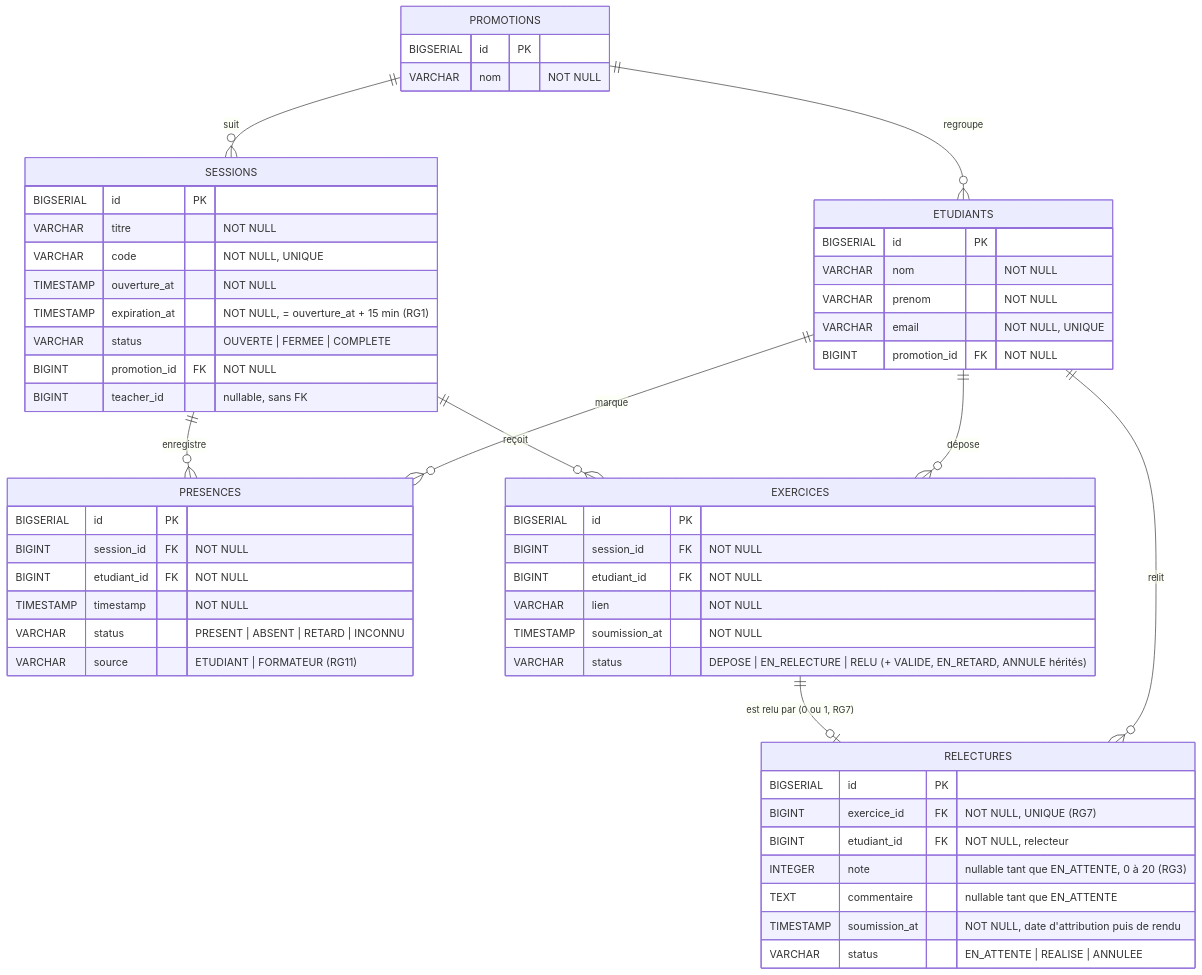
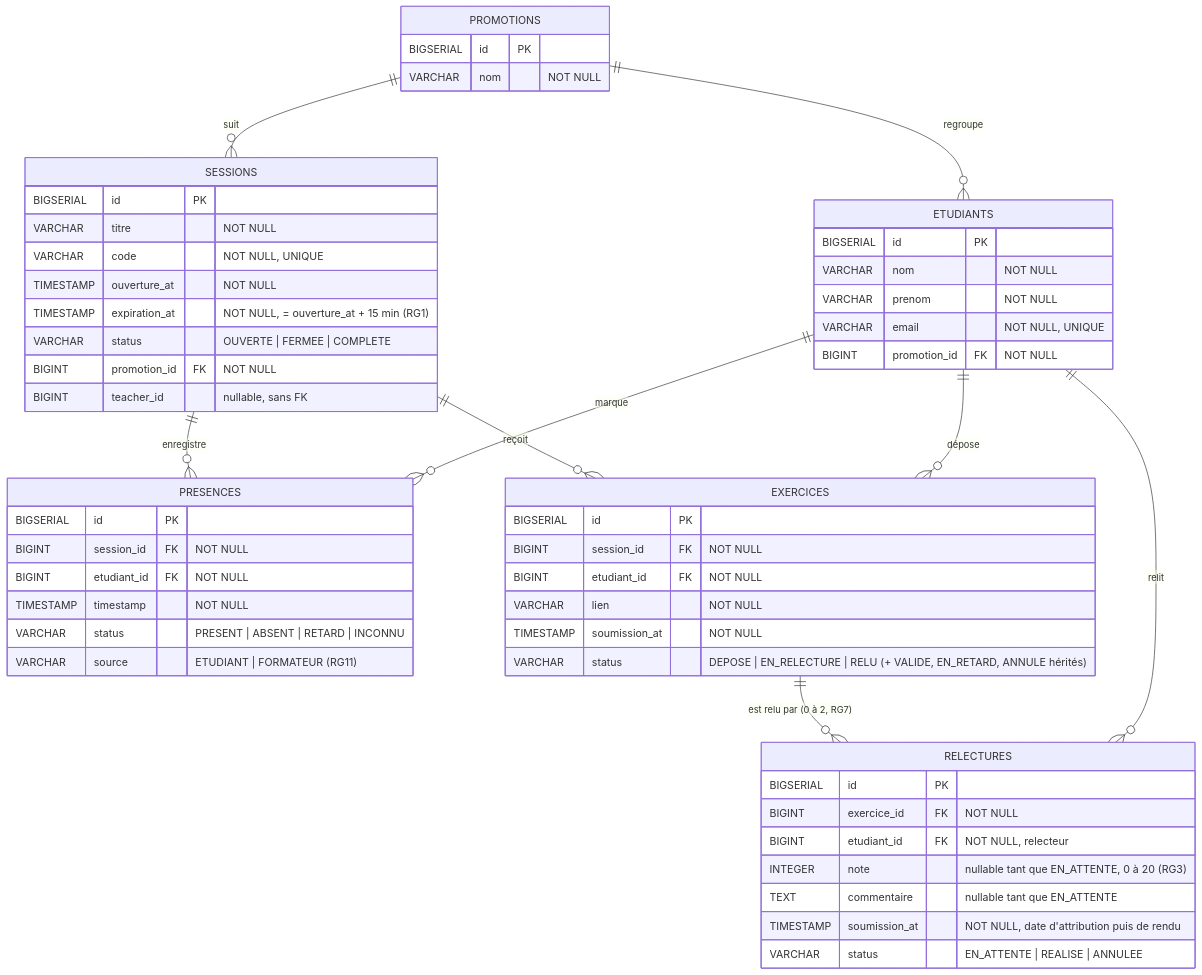
The diagram in docs/diagrammes/D2-modele-donnees.md (destin23-pro/Kfokam48-epreuve-207), drawn with Mermaid before and after one commit. The commit also changed other lines of this file and 3 other files, not shown here.

````diff
--- a/docs/diagrammes/D2-modele-donnees.md
+++ b/docs/diagrammes/D2-modele-donnees.md
@@ -5,63 +5,63 @@
 ```mermaid
 erDiagram
     PROMOTIONS ||--o{ ETUDIANTS : "regroupe"
     PROMOTIONS ||--o{ SESSIONS : "suit"
     SESSIONS ||--o{ PRESENCES : "enregistre"
     ETUDIANTS ||--o{ PRESENCES : "marque"
     SESSIONS ||--o{ EXERCICES : "reçoit"
     ETUDIANTS ||--o{ EXERCICES : "dépose"
-    EXERCICES ||--o| RELECTURES : "est relu par (0 ou 1, RG7)"
+    EXERCICES ||--o{ RELECTURES : "est relu par (0 à 2, RG7)"
     ETUDIANTS ||--o{ RELECTURES : "relit"
 
     PROMOTIONS {
         BIGSERIAL id PK
         VARCHAR nom "NOT NULL"
     }
 
     ETUDIANTS {
         BIGSERIAL id PK
         VARCHAR nom "NOT NULL"
         VARCHAR prenom "NOT NULL"
         VARCHAR email "NOT NULL, UNIQUE"
         BIGINT promotion_id FK "NOT NULL"
     }
 
     SESSIONS {
         BIGSERIAL id PK
         VARCHAR titre "NOT NULL"
         VARCHAR code "NOT NULL, UNIQUE"
         TIMESTAMP ouverture_at "NOT NULL"
         TIMESTAMP expiration_at "NOT NULL, = ouverture_at + 15 min (RG1)"
         VARCHAR status "OUVERTE | FERMEE | COMPLETE"
         BIGINT promotion_id FK "NOT NULL"
         BIGINT teacher_id "nullable, sans FK"
     }
 
     PRESENCES {
         BIGSERIAL id PK
         BIGINT session_id FK "NOT NULL"
         BIGINT etudiant_id FK "NOT NULL"
         TIMESTAMP timestamp "NOT NULL"
         VARCHAR status "PRESENT | ABSENT | RETARD | INCONNU"
         VARCHAR source "ETUDIANT | FORMATEUR (RG11)"
     }
 
     EXERCICES {
         BIGSERIAL id PK
         BIGINT session_id FK "NOT NULL"
         BIGINT etudiant_id FK "NOT NULL"
         VARCHAR lien "NOT NULL"
         TIMESTAMP soumission_at "NOT NULL"
         VARCHAR status "DEPOSE | EN_RELECTURE | RELU (+ VALIDE, EN_RETARD, ANNULE hérités)"
     }
 
     RELECTURES {
         BIGSERIAL id PK
-        BIGINT exercice_id FK "NOT NULL, UNIQUE (RG7)"
+        BIGINT exercice_id FK "NOT NULL"
         BIGINT etudiant_id FK "NOT NULL, relecteur"
         INTEGER note "nullable tant que EN_ATTENTE, 0 à 20 (RG3)"
         TEXT commentaire "nullable tant que EN_ATTENTE"
         TIMESTAMP soumission_at "NOT NULL, date d'attribution puis de rendu"
         VARCHAR status "EN_ATTENTE | REALISE | ANNULEE"
     }
 ```
````
